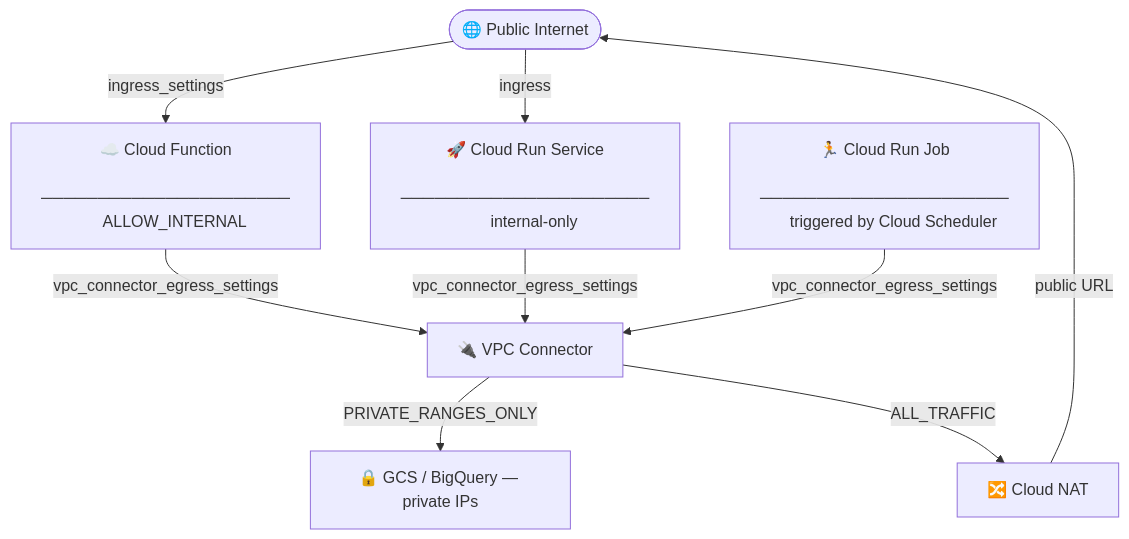
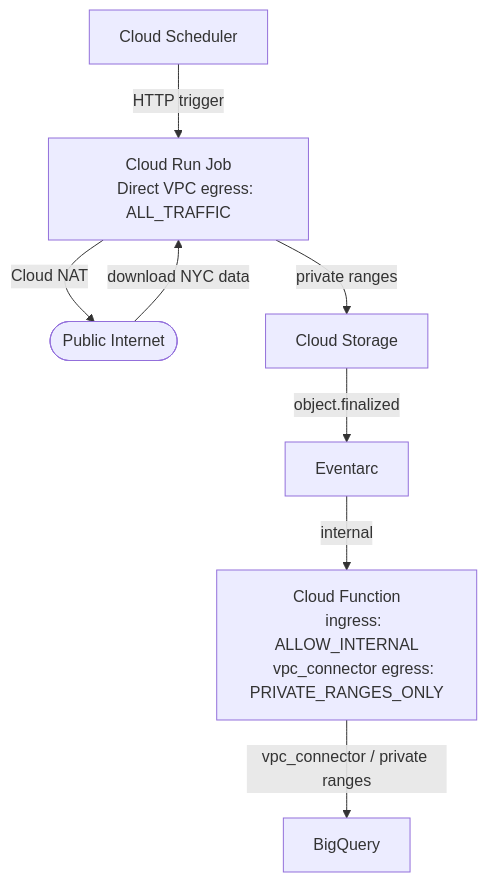
One commit to messaoudia/nyc-taxi-gcp-pipeline changed the diagram in README.md. Above: the diagram before and after it, drawn with Mermaid. The commit also changed other lines of this file, not shown here.

Commit message:
update Flowchart to reflect the actual architecture

````diff
--- a/README.md
+++ b/README.md
@@ -27,30 +27,20 @@
 ```mermaid
 flowchart TD
-    Internet([🌐 Public Internet])
+    CS["Cloud Scheduler"] -->|"HTTP trigger"| CRJ
 
-    Internet -->|"ingress_settings"| CF
-    Internet -->|"ingress"| CRS
+    CRJ["Cloud Run Job
+    Direct VPC egress: ALL_TRAFFIC"]
 
-    CF["☁️ Cloud Function
-    ──────────────────────
-    ALLOW_INTERNAL"]
+    CRJ -->|"Cloud NAT"| Internet(["Public Internet"])
+    Internet -->|"download NYC data"| CRJ
 
-    CRS["🚀 Cloud Run Service
-    ──────────────────────
-    internal-only"]
+    CRJ -->|"private ranges"| GCS["Cloud Storage"]
 
-    CRJ["🏃 Cloud Run Job
-    ──────────────────────
-    triggered by Cloud Scheduler"]
+    GCS -->|"object.finalized"| EA["Eventarc"] -->|"internal"| CF
 
-    CF  -->|"vpc_connector_egress_settings"| VC
-    CRS -->|"vpc_connector_egress_settings"| VC
-    CRJ -->|"vpc_connector_egress_settings"| VC
+    CF["Cloud Function
+    ingress: ALLOW_INTERNAL
+    vpc_connector egress: PRIVATE_RANGES_ONLY"]
 
-    VC["🔌 VPC Connector"]
-
-    VC -->|"PRIVATE_RANGES_ONLY"| PRIV["🔒 GCS / BigQuery — private IPs"]
-    VC -->|"ALL_TRAFFIC"| NAT["🔀 Cloud NAT"]
-
-    NAT -->|"public URL"| Internet
+    CF -->|"vpc_connector / private ranges"| BQ["BigQuery"]
 ```
````
